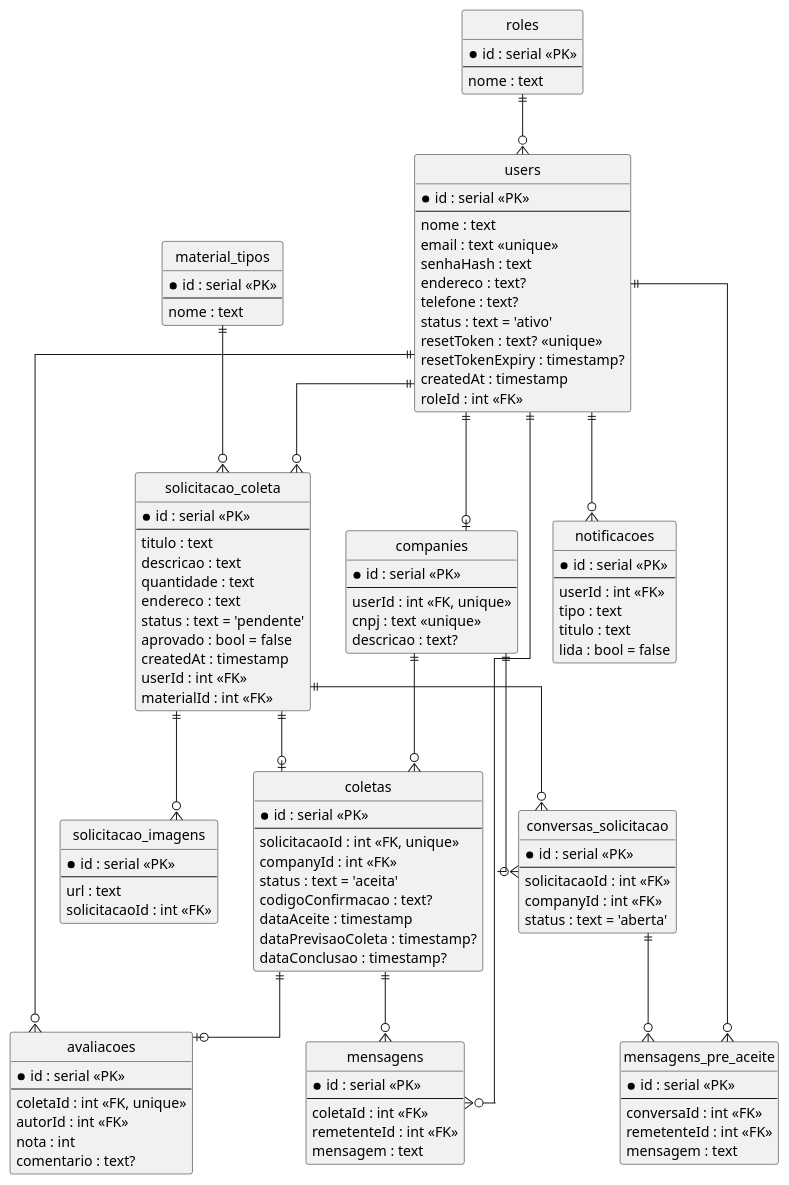
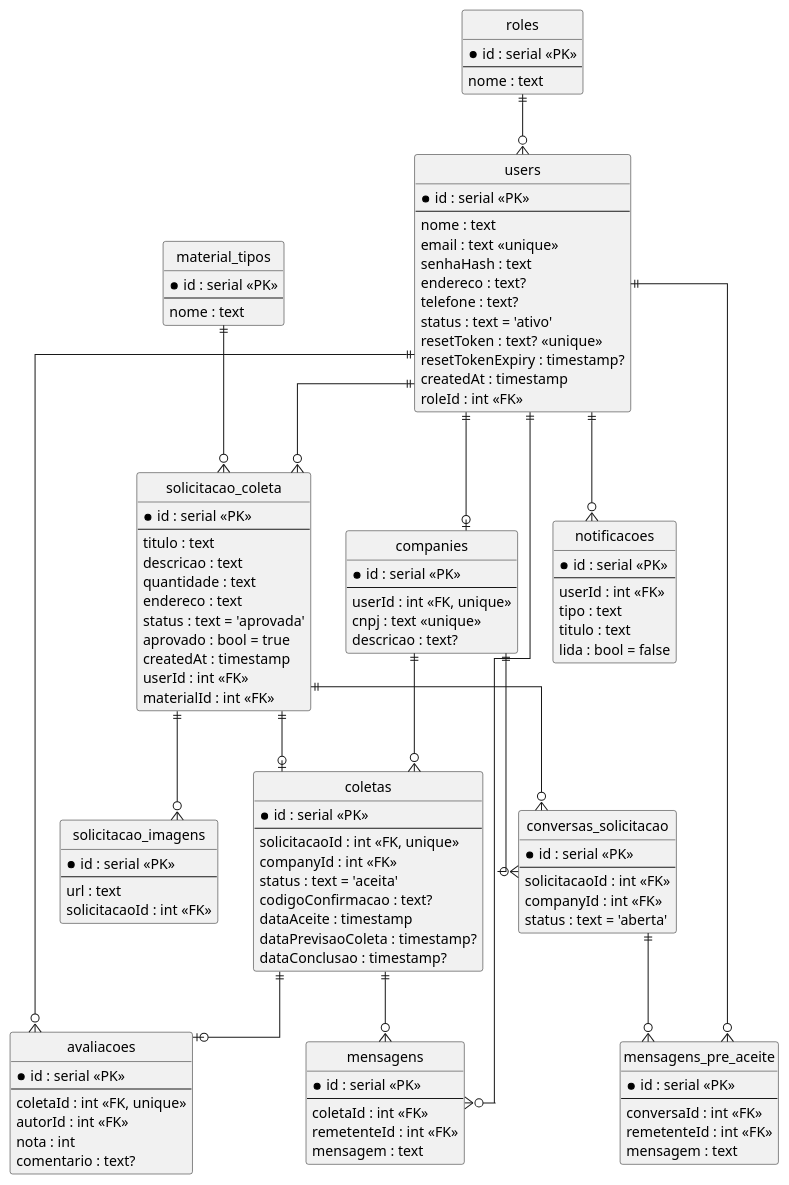
Before and after one commit to lononeiro/olx-ecologico: the third of 21 diagrams in docs/uml/documentacao-uml-completa.md, drawn with PlantUML. The commit also changed other lines of this file and 53 other files, not shown here.

First line of the commit message:
docs(uml): revisao dos diagramas e sincronizacao docs/ com uml/

```diff
--- a/docs/uml/documentacao-uml-completa.md
+++ b/docs/uml/documentacao-uml-completa.md
@@ -595,8 +595,8 @@
   descricao : text
   quantidade : text
   endereco : text
-  status : text = 'pendente'
-  aprovado : bool = false
+  status : text = 'aprovada'
+  aprovado : bool = true
   createdAt : timestamp
   userId : int <<FK>>
   materialId : int <<FK>>
```
